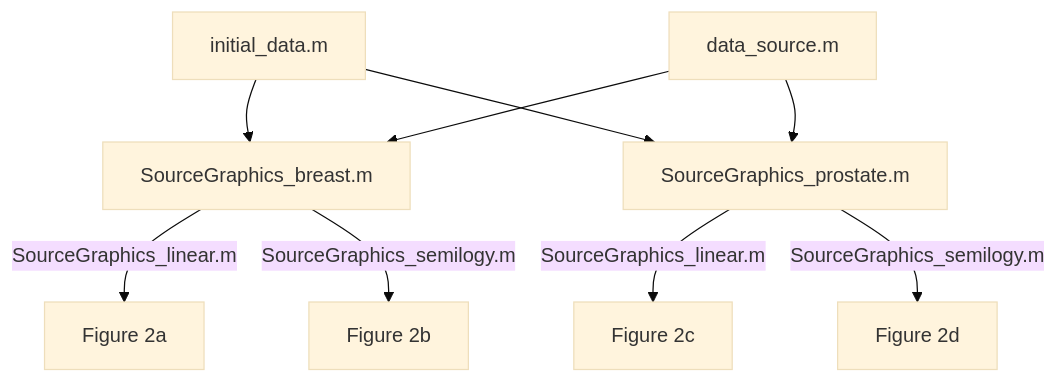
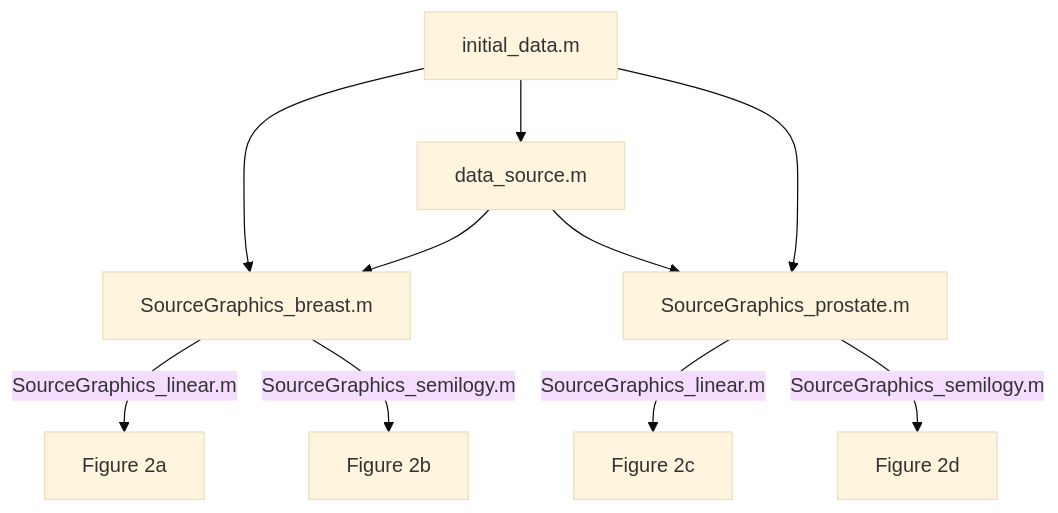
Before and after one commit to LuisaConsiglieri/FocalLaserAblationStudy: the diagram in Description.md, drawn with Mermaid (base theme). The commit also changed other lines of this file, not shown here.

````diff
--- a/Description.md
+++ b/Description.md
@@ -47,11 +51,12 @@
 ```mermaid
 graph TD;
 A[initial_data.m]-->C[SourceGraphics_breast.m];
 B[data_source.m]-->C;
+A-->B;
 A-->D[SourceGraphics_prostate.m];
 B-->D;
 C--SourceGraphics_linear.m-->E[Figure 2a];
 C--SourceGraphics_semilogy.m-->F[Figure 2b];
 D--SourceGraphics_linear.m-->G[Figure 2c];
 D--SourceGraphics_semilogy.m-->H[Figure 2d];
 ```
````
